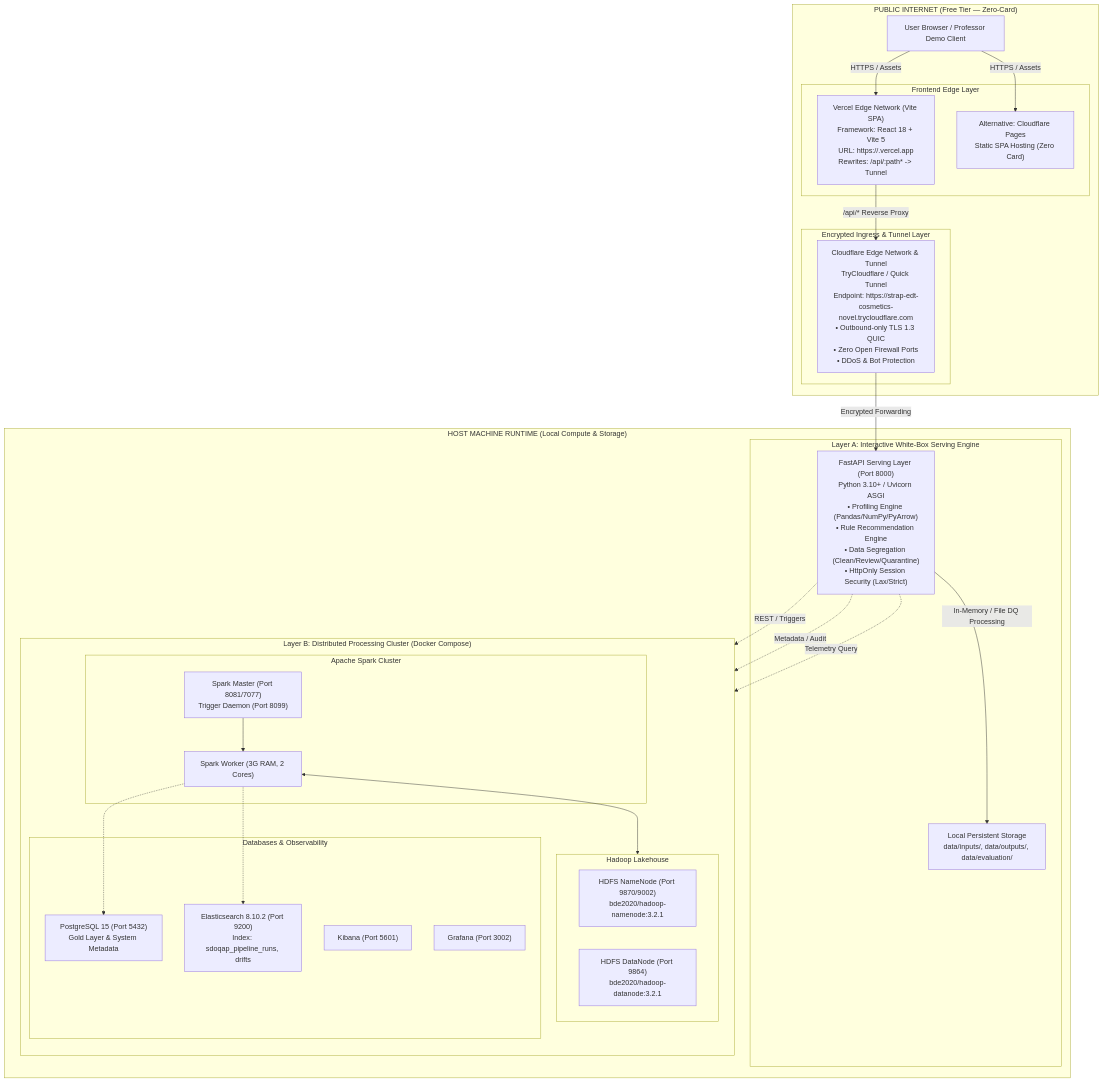
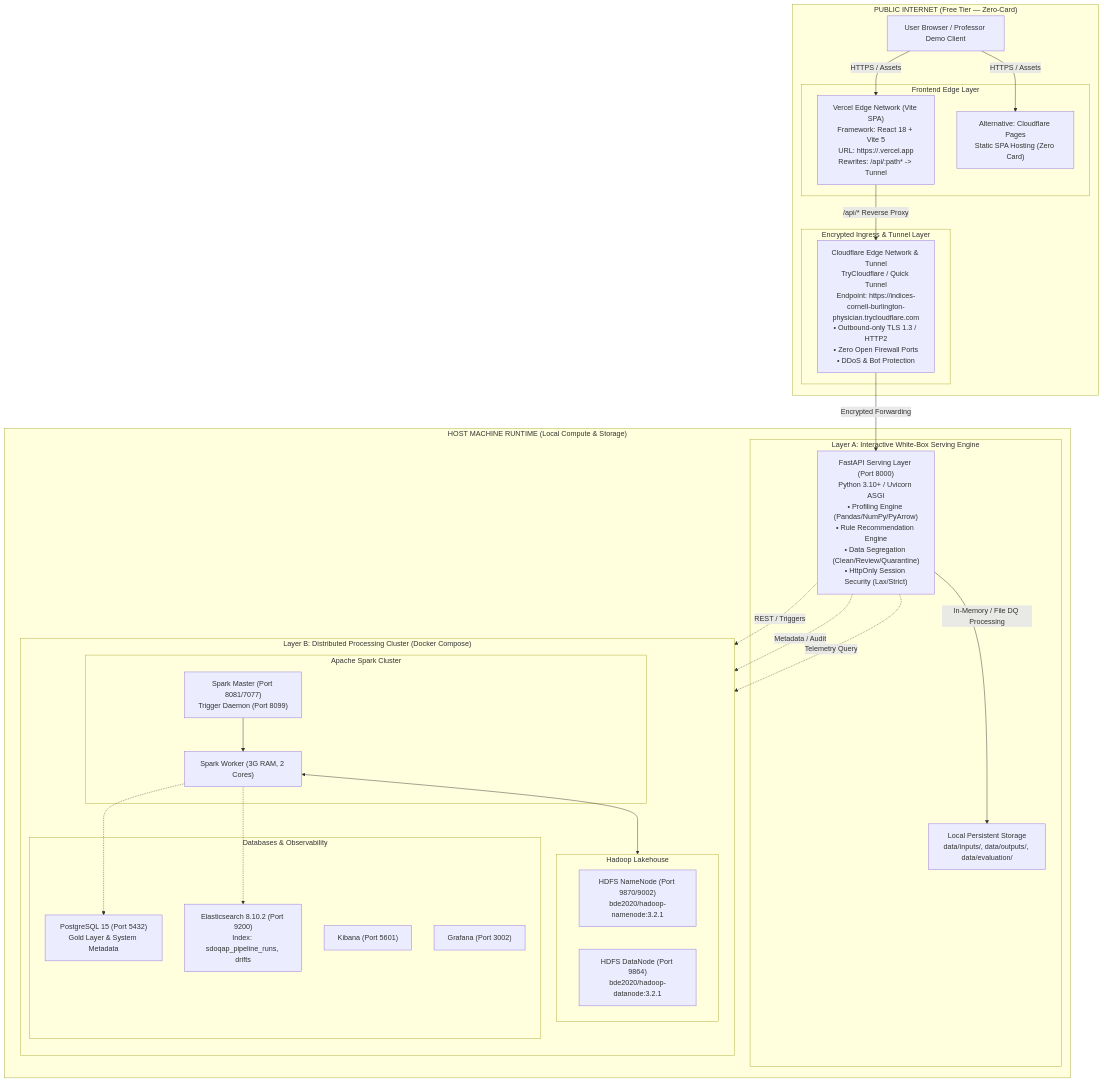
One commit to fframe11/ETL-V2 changed the diagram in DEPLOYMENT_ARCHITECTURE.md. Above: the diagram before and after it, drawn with Mermaid. The commit also changed 6 other files, not shown here.

Commit message:
fix(deploy): update live tunnel to http2, fix wsl container dns and line endings

````diff
--- a/DEPLOYMENT_ARCHITECTURE.md
+++ b/DEPLOYMENT_ARCHITECTURE.md
@@ -19,56 +19,56 @@
 ```mermaid
 flowchart TB
     subgraph Public_Internet["PUBLIC INTERNET (Free Tier — Zero-Card)"]
         UserBrowser["User Browser / Professor Demo Client"]
         
         subgraph Edge_Frontend["Frontend Edge Layer"]
             VercelSPA["Vercel Edge Network (Vite SPA)<br/>Framework: React 18 + Vite 5<br/>URL: https://<project>.vercel.app<br/>Rewrites: /api/:path* -> Tunnel"]
             CFPages["Alternative: Cloudflare Pages<br/>Static SPA Hosting (Zero Card)"]
         end
 
         subgraph Ingress_Security["Encrypted Ingress & Tunnel Layer"]
-            CFTunnel["Cloudflare Edge Network & Tunnel<br/>TryCloudflare / Quick Tunnel<br/>Endpoint: https://strap-edt-cosmetics-novel.trycloudflare.com<br/>• Outbound-only TLS 1.3 QUIC<br/>• Zero Open Firewall Ports<br/>• DDoS & Bot Protection"]
+            CFTunnel["Cloudflare Edge Network & Tunnel<br/>TryCloudflare / Quick Tunnel<br/>Endpoint: https://indices-cornell-burlington-physician.trycloudflare.com<br/>• Outbound-only TLS 1.3 / HTTP2<br/>• Zero Open Firewall Ports<br/>• DDoS & Bot Protection"]
         end
     end
 
     subgraph Host_Environment["HOST MACHINE RUNTIME (Local Compute & Storage)"]
         subgraph Layer_A["Layer A: Interactive White-Box Serving Engine"]
             FastAPI["FastAPI Serving Layer (Port 8000)<br/>Python 3.10+ / Uvicorn ASGI<br/>• Profiling Engine (Pandas/NumPy/PyArrow)<br/>• Rule Recommendation Engine<br/>• Data Segregation (Clean/Review/Quarantine)<br/>• HttpOnly Session Security (Lax/Strict)"]
             LocalDataStore["Local Persistent Storage<br/>data/inputs/, data/outputs/, data/evaluation/"]
         end
 
         subgraph Layer_B["Layer B: Distributed Processing Cluster (Docker Compose)"]
             direction TB
             subgraph Hadoop_Lake["Hadoop Lakehouse"]
                 NameNode["HDFS NameNode (Port 9870/9002)<br/>bde2020/hadoop-namenode:3.2.1"]
                 DataNode["HDFS DataNode (Port 9864)<br/>bde2020/hadoop-datanode:3.2.1"]
             end
             
             subgraph Spark_Cluster["Apache Spark Cluster"]
                 SparkMaster["Spark Master (Port 8081/7077)<br/>Trigger Daemon (Port 8099)"]
                 SparkWorker["Spark Worker (3G RAM, 2 Cores)"]
             end
 
             subgraph Storage_Audit["Databases & Observability"]
                 Postgres["PostgreSQL 15 (Port 5432)<br/>Gold Layer & System Metadata"]
                 Elastic["Elasticsearch 8.10.2 (Port 9200)<br/>Index: sdoqap_pipeline_runs, drifts"]
                 Kibana["Kibana (Port 5601)"]
                 Grafana["Grafana (Port 3002)"]
             end
         end
     end
 
     %% Network Connections
     UserBrowser -->|HTTPS / Assets| VercelSPA
     UserBrowser -->|HTTPS / Assets| CFPages
     VercelSPA -->|/api/* Reverse Proxy| CFTunnel
     CFTunnel -->|Encrypted Forwarding| FastAPI
     FastAPI -->|In-Memory / File DQ Processing| LocalDataStore
     FastAPI -.->|REST / Triggers| SparkMaster
     FastAPI -.->|Metadata / Audit| Postgres
     FastAPI -.->|Telemetry Query| Elastic
     SparkMaster --> SparkWorker
     SparkWorker <--> Hadoop_Lake
     SparkWorker -.-> Postgres
     SparkWorker -.-> Elastic
 ```
````
